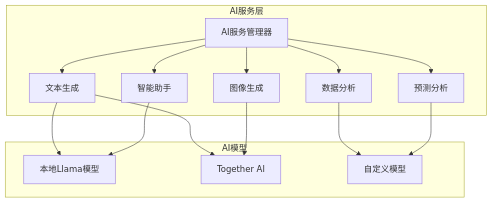
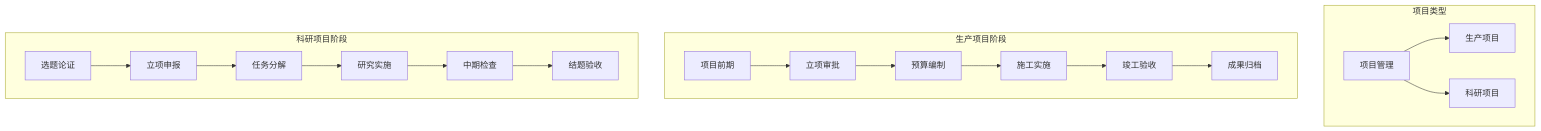
The second of 3 diagrams in docs/ems_implementation_plan.md (paulwy/POMP), drawn with Mermaid before and after one commit. The commit also changed other lines of this file and 3 other files, not shown here.

````diff
--- a/docs/ems_implementation_plan.md
+++ b/docs/ems_implementation_plan.md
@@ -91,34 +130,19 @@
 ```mermaid
 flowchart TD
-    subgraph AI服务层
-        AIManager[AI服务管理器]
-        TextGenerator[文本生成]
-        ImageGenerator[图像生成]
-        DataAnalyzer[数据分析]
-        ChatBot[智能助手]
-        Predictor[预测分析]
+    subgraph 项目类型
+        Project[项目管理]
+        Production[生产项目]
+        Research[科研项目]
     end
     
-    subgraph AI模型
-        LocalModel[本地Llama模型]
-        TogetherAI[Together AI]
-        CustomModel[自定义模型]
+    subgraph 生产项目阶段
+        P1[项目前期] --> P2[立项审批] --> P3[预算编制] --> P4[施工实施] --> P5[竣工验收] --> P6[成果归档]
     end
     
-    AIManager --> TextGenerator
-    AIManager --> ImageGenerator
-    AIManager --> DataAnalyzer
-    AIManager --> ChatBot
-    AIManager --> Predictor
+    subgraph 科研项目阶段
+        R1[选题论证] --> R2[立项申报] --> R3[任务分解] --> R4[研究实施] --> R5[中期检查] --> R6[结题验收]
+    end
     
-    TextGenerator --> LocalModel
-    TextGenerator --> TogetherAI
-    
-    ImageGenerator --> TogetherAI
-    
-    DataAnalyzer --> CustomModel
-    
-    ChatBot --> LocalModel
-    
-    Predictor --> CustomModel
+    Project --> Production
+    Project --> Research
 ```
````
